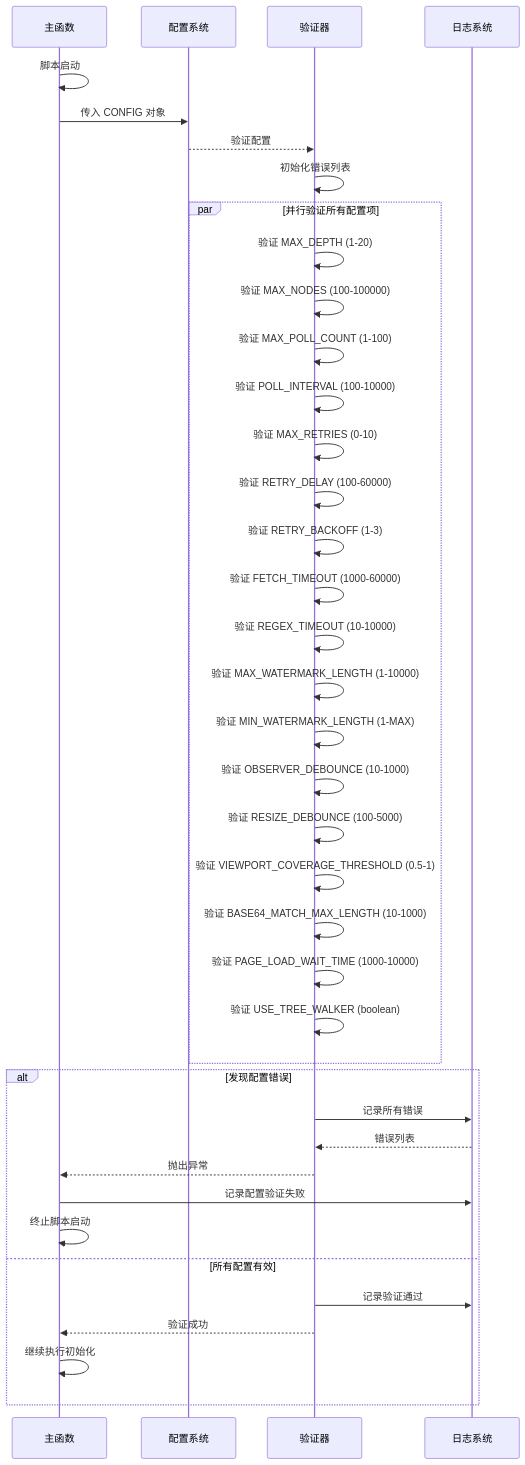
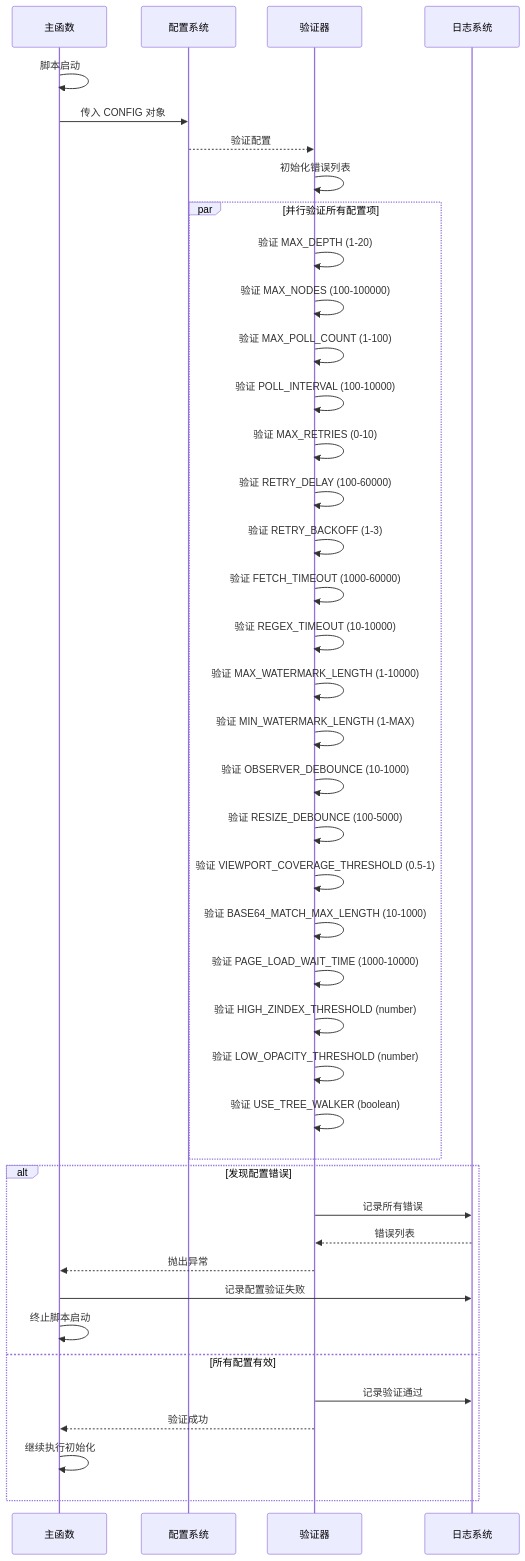
One commit to wang93wei/Xiaomi-MiMo-Studio-Watermark-Remover changed diagram 13 of 17 in doc/SEQUENCE_DIAGRAMS.md. Above: the diagram before and after it, drawn with Mermaid. The commit also changed other lines of this file and 3 other files, not shown here.

````diff
--- a/doc/SEQUENCE_DIAGRAMS.md
+++ b/doc/SEQUENCE_DIAGRAMS.md
@@ -892,45 +899,47 @@
 ```mermaid
 sequenceDiagram
     participant Main as 主函数
     participant Config as 配置系统
     participant Validator as 验证器
     participant Logger as 日志系统
 
     Main->>Main: 脚本启动
     Main->>Config: 传入 CONFIG 对象
     Config-->>Validator: 验证配置
 
     Validator->>Validator: 初始化错误列表
 
     par 并行验证所有配置项
         Validator->>Validator: 验证 MAX_DEPTH (1-20)
         Validator->>Validator: 验证 MAX_NODES (100-100000)
         Validator->>Validator: 验证 MAX_POLL_COUNT (1-100)
         Validator->>Validator: 验证 POLL_INTERVAL (100-10000)
         Validator->>Validator: 验证 MAX_RETRIES (0-10)
         Validator->>Validator: 验证 RETRY_DELAY (100-60000)
         Validator->>Validator: 验证 RETRY_BACKOFF (1-3)
         Validator->>Validator: 验证 FETCH_TIMEOUT (1000-60000)
         Validator->>Validator: 验证 REGEX_TIMEOUT (10-10000)
         Validator->>Validator: 验证 MAX_WATERMARK_LENGTH (1-10000)
         Validator->>Validator: 验证 MIN_WATERMARK_LENGTH (1-MAX)
         Validator->>Validator: 验证 OBSERVER_DEBOUNCE (10-1000)
         Validator->>Validator: 验证 RESIZE_DEBOUNCE (100-5000)
         Validator->>Validator: 验证 VIEWPORT_COVERAGE_THRESHOLD (0.5-1)
         Validator->>Validator: 验证 BASE64_MATCH_MAX_LENGTH (10-1000)
         Validator->>Validator: 验证 PAGE_LOAD_WAIT_TIME (1000-10000)
+        Validator->>Validator: 验证 HIGH_ZINDEX_THRESHOLD (number)
+        Validator->>Validator: 验证 LOW_OPACITY_THRESHOLD (number)
         Validator->>Validator: 验证 USE_TREE_WALKER (boolean)
     end
 
     alt 发现配置错误
         Validator->>Logger: 记录所有错误
         Logger-->>Validator: 错误列表
         Validator-->>Main: 抛出异常
         Main->>Logger: 记录配置验证失败
         Main->>Main: 终止脚本启动
     else 所有配置有效
         Validator->>Logger: 记录验证通过
         Validator-->>Main: 验证成功
         Main->>Main: 继续执行初始化
     end
 ```
````
